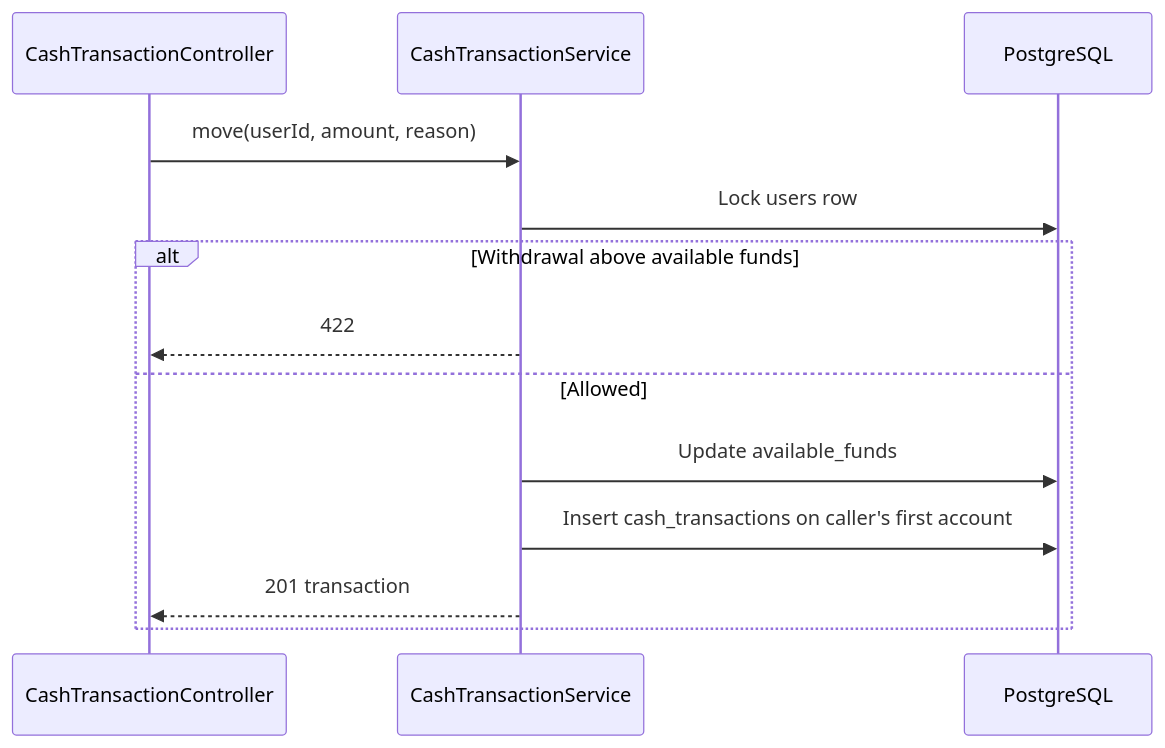
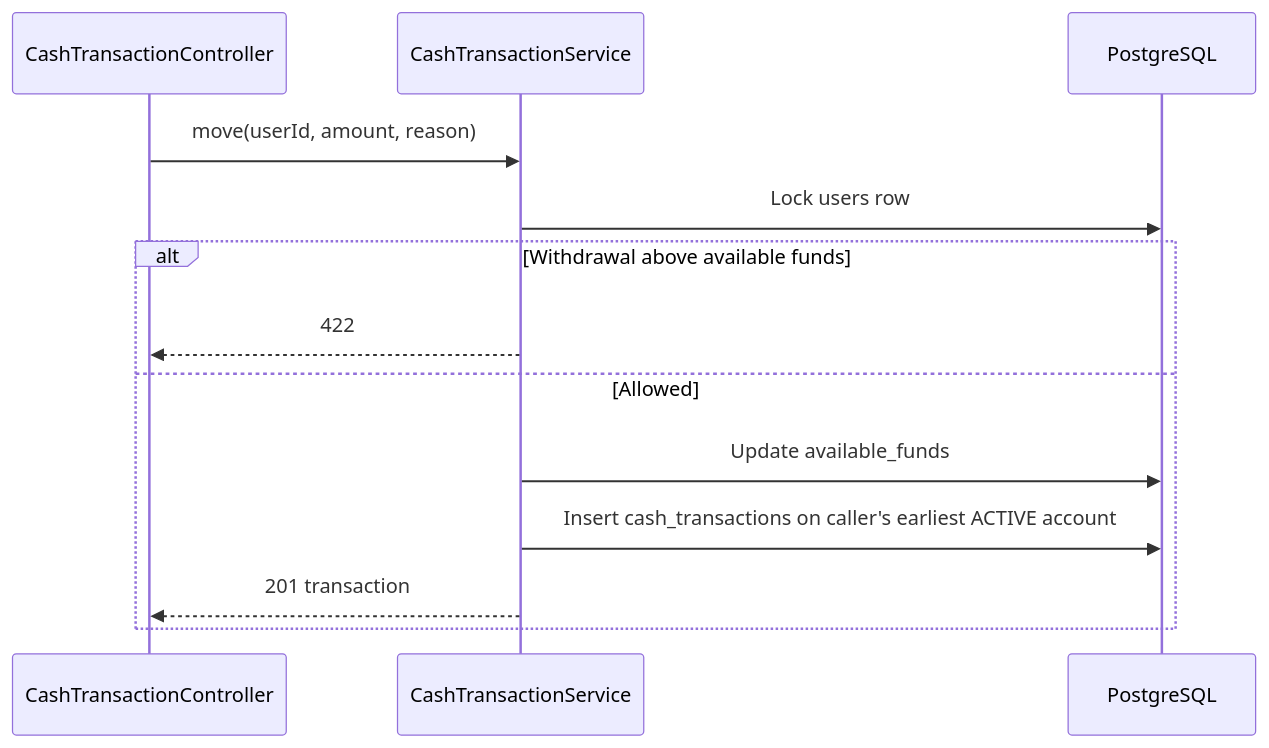
The third of 5 diagrams in apps/holdings-and-trade-service/README.md (seankcheema/trading-season), drawn with Mermaid before and after one commit. The commit also changed other lines of this file and 43 other files, not shown here.

First line of the commit message:
feat: Implement account lifecycle management with ACTIVE and ARCHIVED states

````diff
--- a/apps/holdings-and-trade-service/README.md
+++ b/apps/holdings-and-trade-service/README.md
@@ -120,16 +126,16 @@
 ```mermaid
 sequenceDiagram
     participant C as CashTransactionController
     participant S as CashTransactionService
     participant DB as PostgreSQL
 
     C->>S: move(userId, amount, reason)
     S->>DB: Lock users row
     alt Withdrawal above available funds
         S-->>C: 422
     else Allowed
         S->>DB: Update available_funds
-        S->>DB: Insert cash_transactions on caller's first account
+        S->>DB: Insert cash_transactions on caller's earliest ACTIVE account
         S-->>C: 201 transaction
     end
 ```
````
